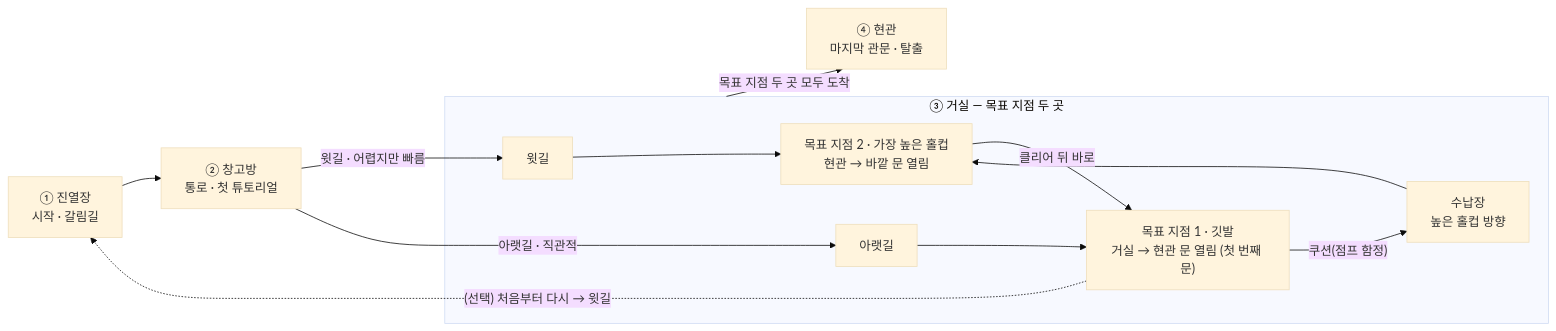
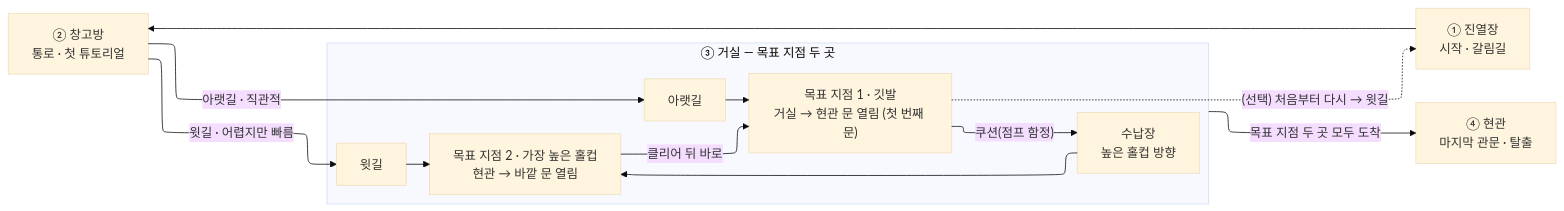
One commit to pinkshield/portfolio changed the diagram in src/3-escape-for-freedom/기술문서.md. Above: the diagram before and after it, drawn with Mermaid (base theme). The commit also changed 10 other files, not shown here.

First line of the commit message:
다이어그램 ELK 배치 적용, 상세 문서 그림 규격(720×540) 통일

````diff
--- a/src/3-escape-for-freedom/기술문서.md
+++ b/src/3-escape-for-freedom/기술문서.md
@@ -64,15 +64,16 @@
 ```mermaid
+%%{init: {"layout": "elk"}}%%
 flowchart LR
     A["① 진열장<br/>시작 · 갈림길"] --> B["② 창고방<br/>통로 · 첫 튜토리얼"]
     subgraph L["③ 거실 — 목표 지점 두 곳"]
         U["윗길"] --> G2["목표 지점 2 · 가장 높은 홀컵<br/>현관 → 바깥 문 열림"]
         G2 -->|"클리어 뒤 바로"| G1["목표 지점 1 · 깃발<br/>거실 → 현관 문 열림 (첫 번째 문)"]
         D["아랫길"] --> G1
         G1 -->|"쿠션(점프 함정)"| S["수납장<br/>높은 홀컵 방향"]
         S --> G2
     end
     B -->|"윗길 · 어렵지만 빠름"| U
     B -->|"아랫길 · 직관적"| D
     G1 -.->|"(선택) 처음부터 다시 → 윗길"| A
     L -->|"목표 지점 두 곳 모두 도착"| E["④ 현관<br/>마지막 관문 · 탈출"]
 ```
````
